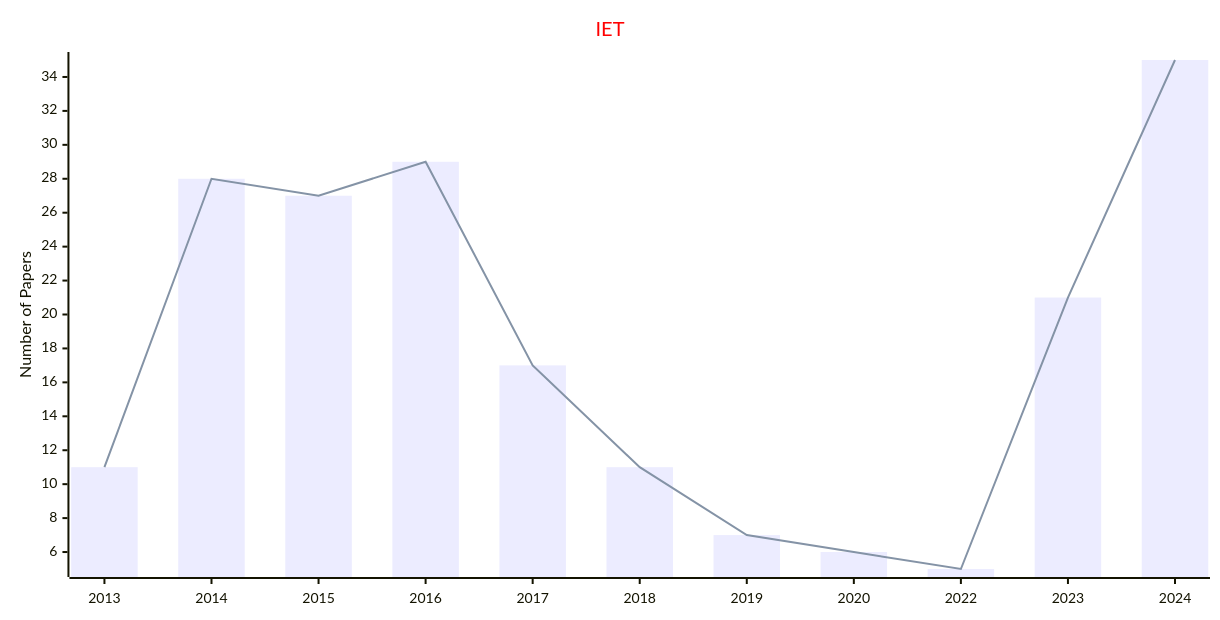
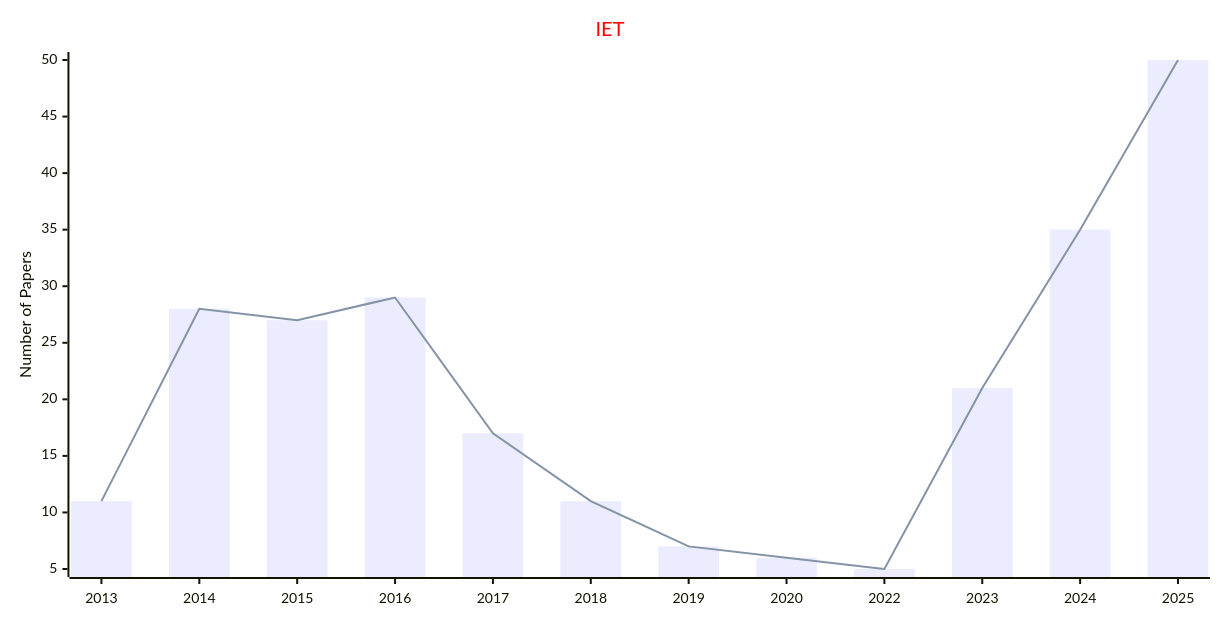
One commit to Easy-PhD/AILinks changed the eighth of 8 diagrams in docs/data/Journals/Statistics_Journals/Multidisciplinary.md. Above: the diagram before and after it, drawn with Mermaid. The commit also changed other lines of this file and 93 other files, not shown here.

````diff
--- a/docs/data/Journals/Statistics_Journals/Multidisciplinary.md
+++ b/docs/data/Journals/Statistics_Journals/Multidisciplinary.md
@@ -183,17 +183,17 @@
 ```mermaid
 ---
 config:
     xyChart:
         width: 1200
         height: 600
     themeVariables:
         xyChart:
             titleColor: "#ff0000"
 ---
 xychart-beta
     title "IET"
-    x-axis [2013, 2014, 2015, 2016, 2017, 2018, 2019, 2020, 2022, 2023, 2024]
+    x-axis [2013, 2014, 2015, 2016, 2017, 2018, 2019, 2020, 2022, 2023, 2024, 2025]
     y-axis "Number of Papers"
-    bar [11, 28, 27, 29, 17, 11, 7, 6, 5, 21, 35]
-    line [11, 28, 27, 29, 17, 11, 7, 6, 5, 21, 35]
+    bar [11, 28, 27, 29, 17, 11, 7, 6, 5, 21, 35, 50]
+    line [11, 28, 27, 29, 17, 11, 7, 6, 5, 21, 35, 50]
 ```
````
